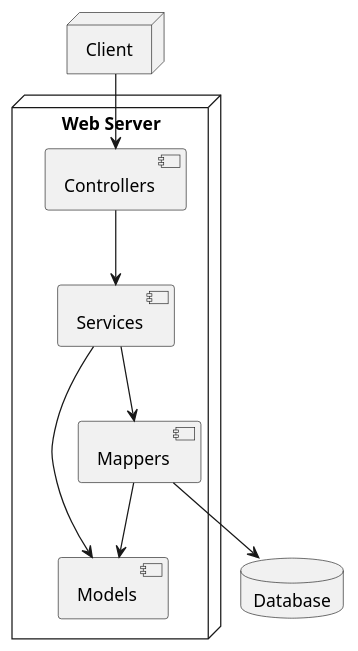
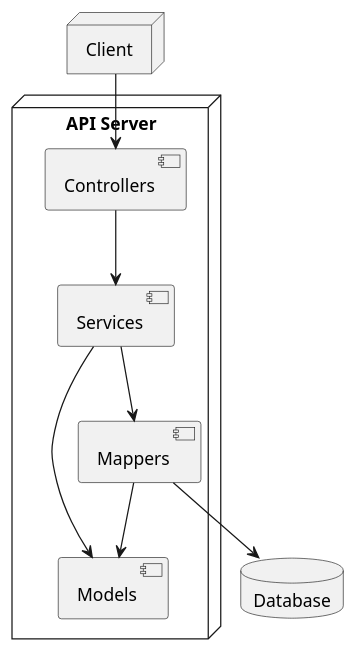
The diagram in docs/diagrams/architecture.puml (omjadas/ekzameno), drawn with PlantUML before and after one commit.

Commit message:
docs: rename Web Server to API Server

```diff
--- a/docs/diagrams/architecture.puml
+++ b/docs/diagrams/architecture.puml
@@ -1,24 +1,24 @@
 @startuml Architecture Diagram
 
 node "Client"
 
-node "Web Server" {
+node "API Server" {
     [Controllers]
     [Mappers]
     [Models]
     [Services]
 }
 
 database "Database"
 
 Client --> Controllers
 
 Controllers --> Services
 
 Services --> Mappers
 Services --> Models
 
 Mappers --> Models
 Mappers --> Database
 
 @enduml
```
